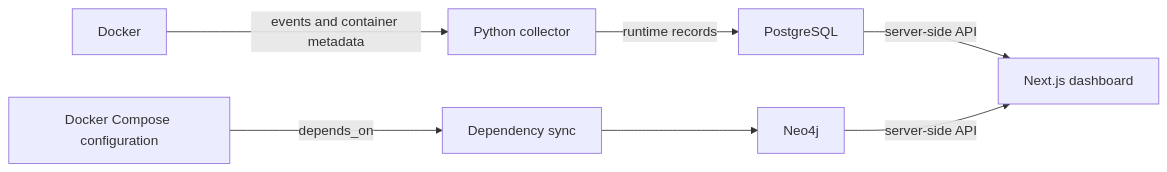
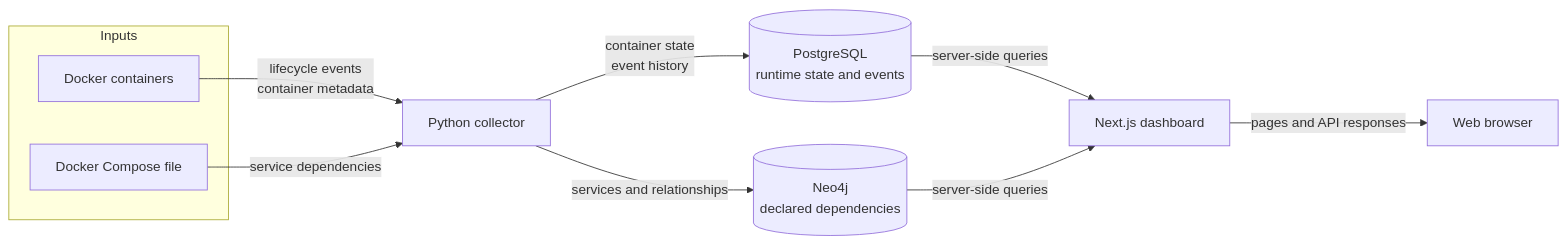
Before and after one commit to itsdharani/docker-runtime-state-tracker: the diagram in README.md, drawn with Mermaid.

Commit message:
docs: clarify runtime tracker architecture diagram

````diff
--- a/README.md
+++ b/README.md
@@ -5,9 +5,21 @@
 ```mermaid
 flowchart LR
-  Docker -->|events and container metadata| Collector[Python collector]
-  Collector -->|runtime records| PostgreSQL
-  Compose[Docker Compose configuration] -->|depends_on| Sync[Dependency sync]
-  Sync --> Neo4j
-  PostgreSQL -->|server-side API| Next[Next.js dashboard]
-  Neo4j -->|server-side API| Next
+  subgraph Inputs
+    Docker[Docker containers]
+    Compose[Docker Compose file]
+  end
+
+  Collector[Python collector]
+  PostgreSQL[(PostgreSQL<br/>runtime state and events)]
+  Neo4j[(Neo4j<br/>declared dependencies)]
+  Next[Next.js dashboard]
+  Browser[Web browser]
+
+  Docker -->|lifecycle events<br/>container metadata| Collector
+  Collector -->|container state<br/>event history| PostgreSQL
+  Compose -->|service dependencies| Collector
+  Collector -->|services and relationships| Neo4j
+  PostgreSQL -->|server-side queries| Next
+  Neo4j -->|server-side queries| Next
+  Next -->|pages and API responses| Browser
 ```
````
